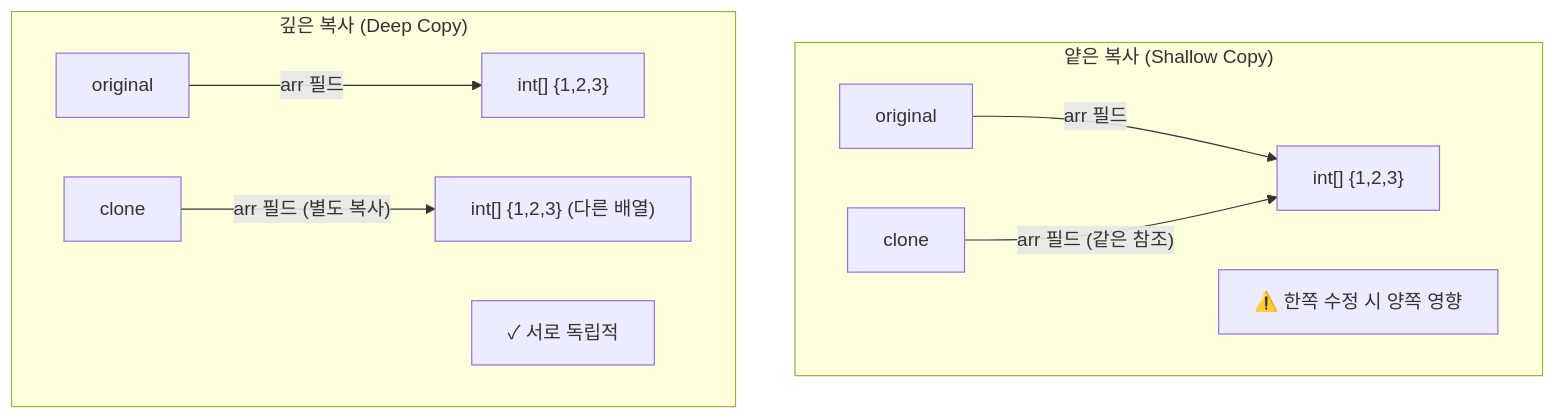
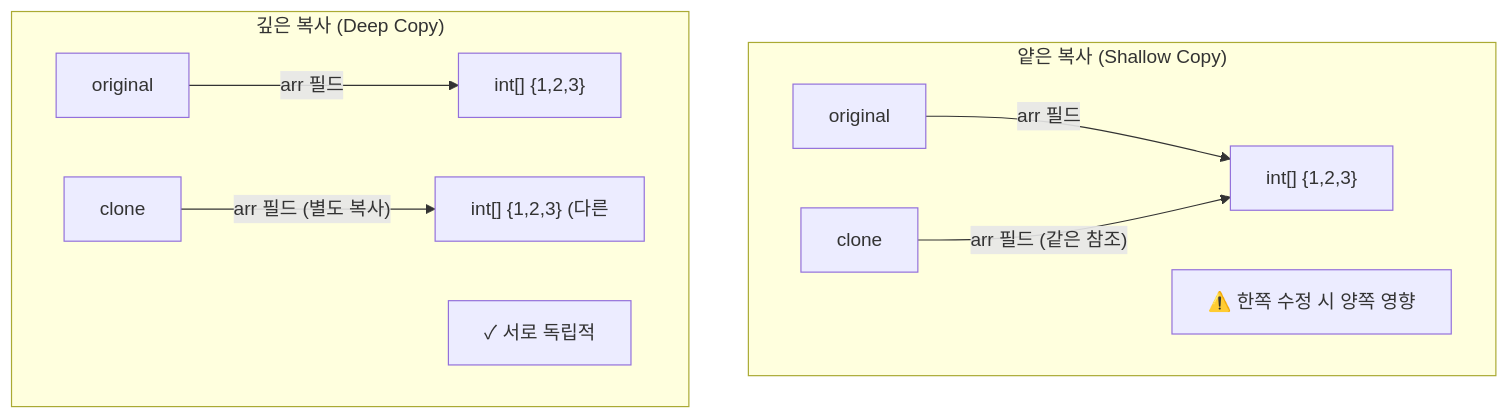
The fourth of 6 diagrams in _posts/java/2026-05-01-java-object-class.md (yjkim2015/yjkim2015.github.io), drawn with Mermaid before and after one commit. The commit also changed other lines of this file and 271 other files, not shown here.

First line of the commit message:
Mermaid 라벨 축소: 긴 노드 텍스트 18자 이하로 트림 + \n 제거

````diff
--- a/_posts/java/2026-05-01-java-object-class.md
+++ b/_posts/java/2026-05-01-java-object-class.md
@@ -393,13 +393,13 @@
 ```mermaid
 graph TD
     subgraph "얕은 복사 (Shallow Copy)"
         O1["original"] -->|"arr 필드"| ARR["int[] {1,2,3}"]
         C1["clone"] -->|"arr 필드 (같은 참조)"| ARR
         NOTE1["⚠️ 한쪽 수정 시 양쪽 영향"]
     end
     subgraph "깊은 복사 (Deep Copy)"
         O2["original"] -->|"arr 필드"| ARR2["int[] {1,2,3}"]
-        C2["clone"] -->|"arr 필드 (별도 복사)"| ARR3["int[] {1,2,3} (다른 배열)"]
+        C2["clone"] -->|"arr 필드 (별도 복사)"| ARR3["int[] {1,2,3} (다른"]
         NOTE2["✓ 서로 독립적"]
     end
 ```
````
